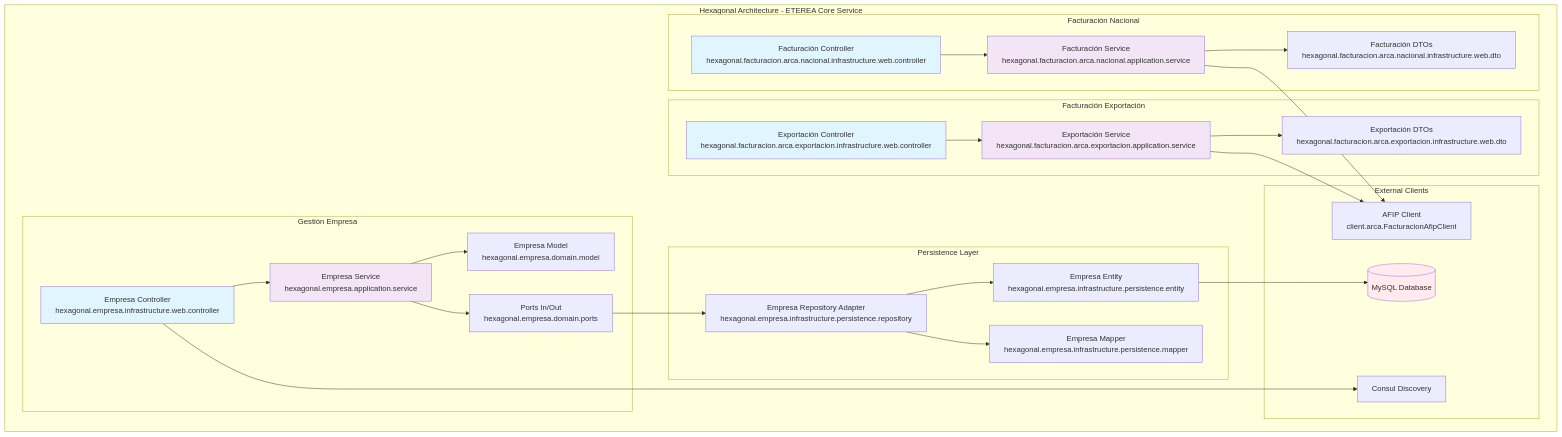
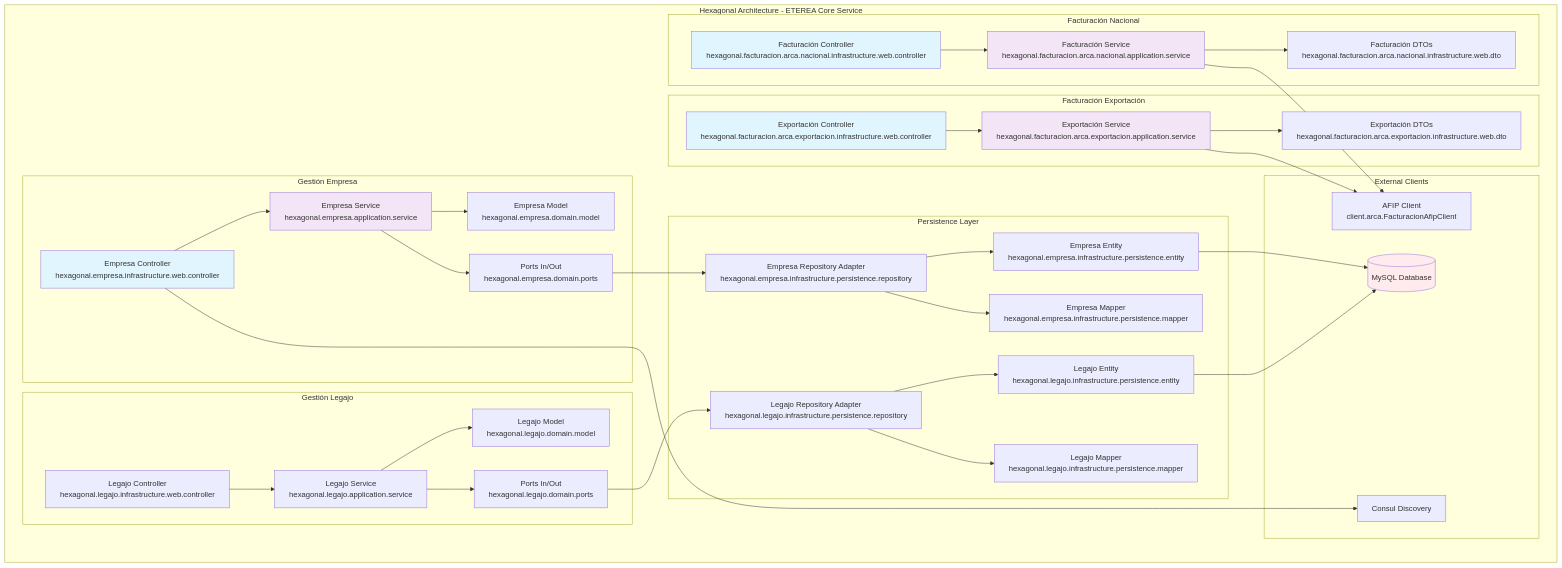
Before and after one commit to ETEREA-services/ETEREA.core-service: the diagram in docs/diagrams/mermaid/hexagonal-architecture-diagram.mmd, drawn with Mermaid. The commit also changed 59 other files, not shown here.

First line of the commit message:
refactor(legajo): migrate module to hexagonal architecture

```diff
--- a/docs/diagrams/mermaid/hexagonal-architecture-diagram.mmd
+++ b/docs/diagrams/mermaid/hexagonal-architecture-diagram.mmd
@@ -1,64 +1,81 @@
 graph TB
     subgraph "Hexagonal Architecture - ETEREA Core Service"
         
         subgraph "Facturación Nacional"
             FN_API[Facturación Controller<br/>hexagonal.facturacion.arca.nacional.infrastructure.web.controller]
             FN_APP[Facturación Service<br/>hexagonal.facturacion.arca.nacional.application.service]
             FN_DOMAIN[Facturación DTOs<br/>hexagonal.facturacion.arca.nacional.infrastructure.web.dto]
         end
         
         subgraph "Facturación Exportación"
             FE_API[Exportación Controller<br/>hexagonal.facturacion.arca.exportacion.infrastructure.web.controller]
             FE_APP[Exportación Service<br/>hexagonal.facturacion.arca.exportacion.application.service]
             FE_DOMAIN[Exportación DTOs<br/>hexagonal.facturacion.arca.exportacion.infrastructure.web.dto]
         end
         
         subgraph "Gestión Empresa"
             E_API[Empresa Controller<br/>hexagonal.empresa.infrastructure.web.controller]
             E_APP[Empresa Service<br/>hexagonal.empresa.application.service]
             E_DOMAIN[Empresa Model<br/>hexagonal.empresa.domain.model]
             E_PORTS[Ports In/Out<br/>hexagonal.empresa.domain.ports]
         end
+
+        subgraph "Gestión Legajo"
+            L_API[Legajo Controller<br/>hexagonal.legajo.infrastructure.web.controller]
+            L_APP[Legajo Service<br/>hexagonal.legajo.application.service]
+            L_DOMAIN[Legajo Model<br/>hexagonal.legajo.domain.model]
+            L_PORTS[Ports In/Out<br/>hexagonal.legajo.domain.ports]
+        end
         
         subgraph "Persistence Layer"
             E_REPO[Empresa Repository Adapter<br/>hexagonal.empresa.infrastructure.persistence.repository]
             E_ENTITY[Empresa Entity<br/>hexagonal.empresa.infrastructure.persistence.entity]
             E_MAPPER[Empresa Mapper<br/>hexagonal.empresa.infrastructure.persistence.mapper]
+            L_REPO[Legajo Repository Adapter<br/>hexagonal.legajo.infrastructure.persistence.repository]
+            L_ENTITY[Legajo Entity<br/>hexagonal.legajo.infrastructure.persistence.entity]
+            L_MAPPER[Legajo Mapper<br/>hexagonal.legajo.infrastructure.persistence.mapper]
         end
         
         subgraph "External Clients"
             AFIP[AFIP Client<br/>client.arca.FacturacionAfipClient]
             CONSUL[Consul Discovery]
             DB[(MySQL Database)]
         end
         
         %% API Layer to Application Layer
         FN_API --> FN_APP
         FE_API --> FE_APP
         E_API --> E_APP
+        L_API --> L_APP
         
         %% Application to Domain
         FN_APP --> FN_DOMAIN
         FE_APP --> FE_DOMAIN
         E_APP --> E_DOMAIN
         E_APP --> E_PORTS
+        L_APP --> L_DOMAIN
+        L_APP --> L_PORTS
         
         %% Domain to Infrastructure
         E_PORTS --> E_REPO
         E_REPO --> E_ENTITY
         E_REPO --> E_MAPPER
         E_ENTITY --> DB
+        L_PORTS --> L_REPO
+        L_REPO --> L_ENTITY
+        L_REPO --> L_MAPPER
+        L_ENTITY --> DB
         
         %% External Dependencies
         FN_APP --> AFIP
         FE_APP --> AFIP
         E_API --> CONSUL
         
         style FN_API fill:#e1f5fe
         style FE_API fill:#e1f5fe
         style E_API fill:#e1f5fe
         style FN_APP fill:#f3e5f5
         style FE_APP fill:#f3e5f5
         style E_APP fill:#f3e5f5
         style DB fill:#ffebee
     end
```
